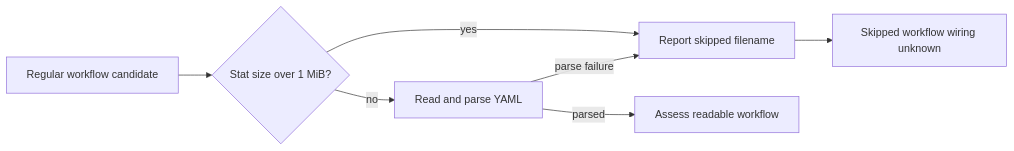
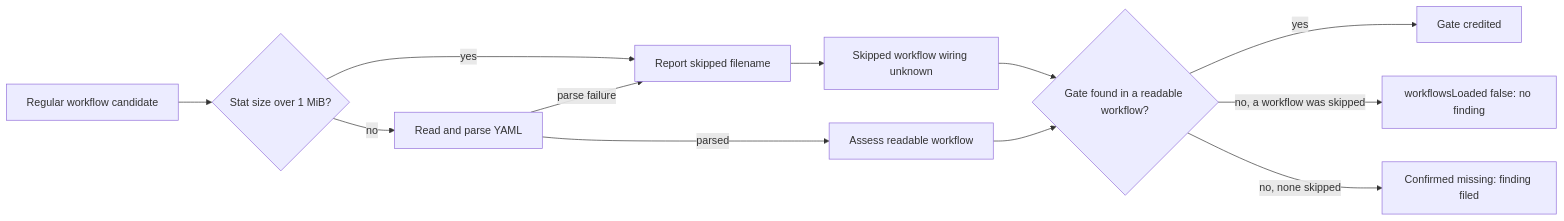
The diagram in docs/archive/pr-summaries/pr-summary-5559.md (stSoftwareAU/VibeCoder), drawn with Mermaid before and after one commit. The commit also changed other lines of this file and 8 other files, not shown here.

First line of the commit message:
Treat a gate missing beside a skipped workflow as unknown (#5559)

````diff
--- a/docs/archive/pr-summaries/pr-summary-5559.md
+++ b/docs/archive/pr-summaries/pr-summary-5559.md
@@ -40,9 +53,14 @@
 ```mermaid
 flowchart LR
     A[Regular workflow candidate] --> B{Stat size over 1 MiB?}
     B -- yes --> C[Report skipped filename]
     C --> D[Skipped workflow wiring unknown]
     B -- no --> E[Read and parse YAML]
     E -- parse failure --> C
     E -- parsed --> F[Assess readable workflow]
+    D --> G{Gate found in a readable workflow?}
+    F --> G
+    G -- yes --> H[Gate credited]
+    G -- no, a workflow was skipped --> I[workflowsLoaded false: no finding]
+    G -- no, none skipped --> J[Confirmed missing: finding filed]
 ```
````
